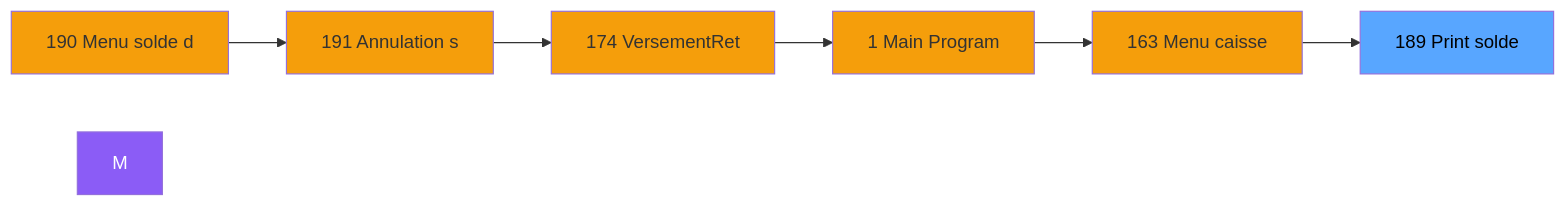
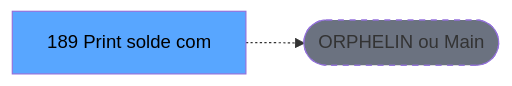
One commit to thonyAGP/lecteur-magic changed the second of 3 diagrams in .openspec/renders/ADH-IDE-189.md. Above: the diagram before and after it, drawn with Mermaid. The commit also changed other lines of this file and 701 other files, not shown here.

````diff
--- a/.openspec/renders/ADH-IDE-189.md
+++ b/.openspec/renders/ADH-IDE-189.md
@@ -126,21 +125,8 @@
 ```mermaid
 graph LR
-    N190[190 Menu solde d]
-    N191[191 Annulation s]
-    N174[174 VersementRet]
-    N1[1 Main Program]
-    N163[163 Menu caisse ]
-    T[189 Print solde ]
-    N190 --> N191
-    N191 --> N174
-    N174 --> N1
-    N1 --> N163
-    N163 --> T
-    style M fill:#8b5cf6,color:#fff
-    style N190 fill:#f59e0b
-    style N191 fill:#f59e0b
-    style N174 fill:#f59e0b
-    style N1 fill:#f59e0b
-    style N163 fill:#f59e0b
+    T[189 Print solde com]
+    ORPHAN([ORPHELIN ou Main])
+    T -.-> ORPHAN
     style T fill:#58a6ff,color:#000
+    style ORPHAN fill:#6b7280,stroke-dasharray: 5 5
 ```
````
